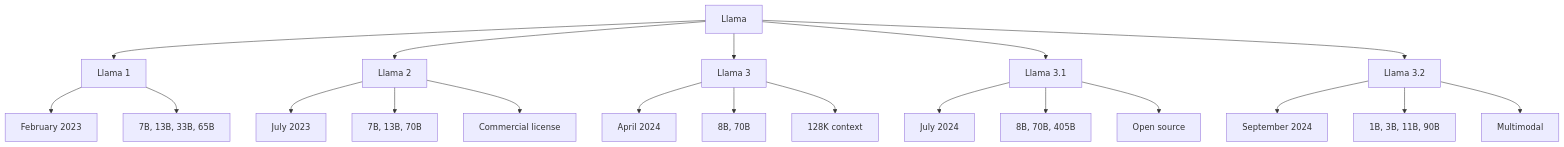
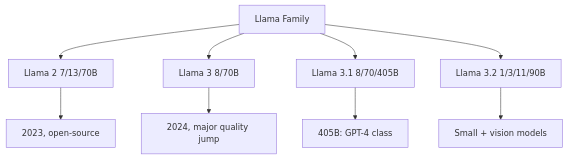
One commit to vanos001/placement_prep changed the first of 3 diagrams in src/llm/sota/llama.md. Above: the diagram before and after it, drawn with Mermaid. The commit also changed other lines of this file and 5 other files, not shown here.

````diff
--- a/src/llm/sota/llama.md
+++ b/src/llm/sota/llama.md
@@ -7,27 +9,11 @@
 ```mermaid
 graph TD
-    A[Llama] --> B[Llama 1]
-    A --> C[Llama 2]
-    A --> D[Llama 3]
-    A --> E[Llama 3.1]
-    A --> F[Llama 3.2]
-    
-    B --> B1["February 2023"]
-    B --> B2["7B, 13B, 33B, 65B"]
-    
-    C --> C1["July 2023"]
-    C --> C2["7B, 13B, 70B"]
-    C --> C3["Commercial license"]
-    
-    D --> D1["April 2024"]
-    D --> D2["8B, 70B"]
-    D --> D3["128K context"]
-    
-    E --> E1["July 2024"]
-    E --> E2["8B, 70B, 405B"]
-    E --> E3["Open source"]
-    
-    F --> F1["September 2024"]
-    F --> F2["1B, 3B, 11B, 90B"]
-    F --> F3["Multimodal"]
+    A[Llama Family] --> B[Llama 2 7/13/70B]
+    A --> C[Llama 3 8/70B]
+    A --> D[Llama 3.1 8/70/405B]
+    A --> E[Llama 3.2 1/3/11/90B]
+    B --> B1[2023, open-source]
+    C --> C1[2024, major quality jump]
+    D --> D1[405B: GPT-4 class]
+    E --> E1[Small + vision models]
 ```
````
